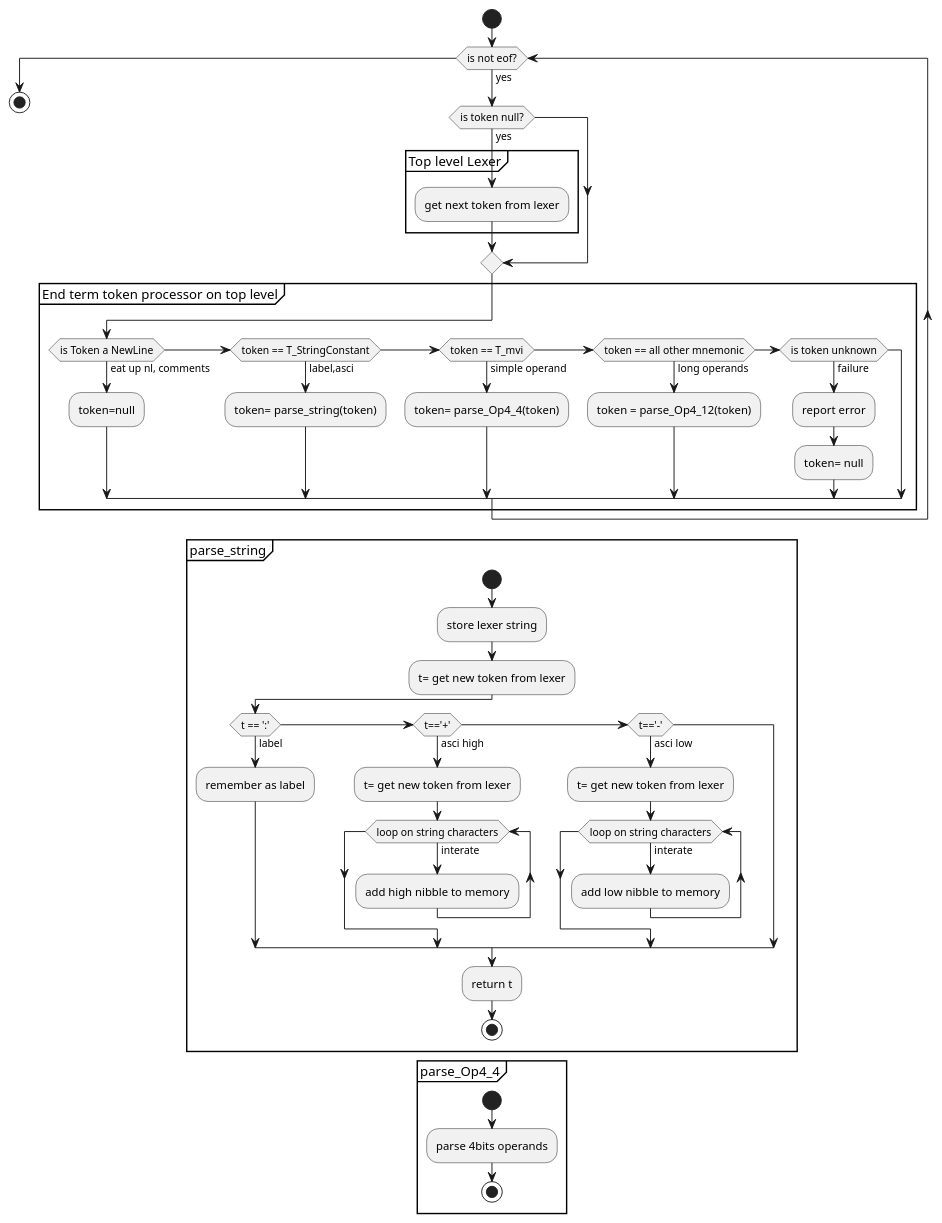
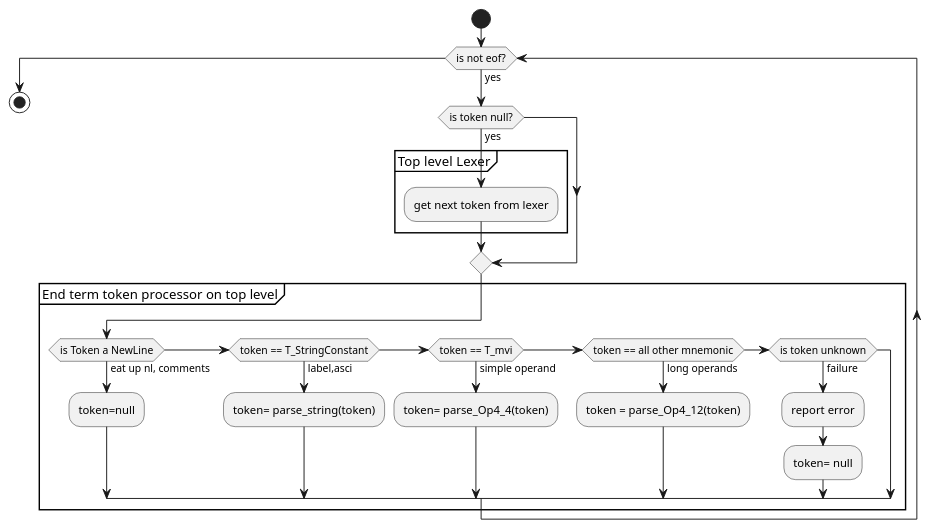
One commit to bfarago/bjtcputoolchain changed the diagram in doc/parse_asm_fn.puml. Above: the diagram before and after it, drawn with PlantUML.

```diff
--- a/doc/parse_asm_fn.puml
+++ b/doc/parse_asm_fn.puml
@@ -1,55 +1,26 @@
 @startuml
 start
   while (is not eof?)
    ->yes;
    if (is token null?) then (yes)
     partition "Top level Lexer" {
      :get next token from lexer;
     }
    endif;
 partition "End term token processor on top level" {
     if (is Token a NewLine) then (eat up nl, comments)
      :token=null;
     elseif (token == T_StringConstant) then (label,asci)
         :token= parse_string(token);
     elseif (token == T_mvi) then (simple operand)
         :token= parse_Op4_4(token);
     elseif (token == all other mnemonic) then (long operands)
         :token = parse_Op4_12(token);
     elseif (is token unknown) then (failure)
         :report error;
         :token= null;
     endif;
 }
   endwhile
 stop
-
-partition "parse_string" {
-start
- :store lexer string;
- :t= get new token from lexer;
- if (t == ':') then (label)
-   :remember as label;
- elseif (t=='+') then (asci high)
-  :t= get new token from lexer;
-  while (loop on string characters)
-    ->interate;
-    :add high nibble to memory;
-  endwhile
- elseif (t=='-') then (asci low)
-  :t= get new token from lexer;
-  while (loop on string characters)
-    ->interate;
-    :add low nibble to memory;
-  endwhile
- endif
- :return t;
-stop
-}
-
-partition "parse_Op4_4" {
-start
- :parse 4bits operands;
-stop
-}
 @enduml
```
